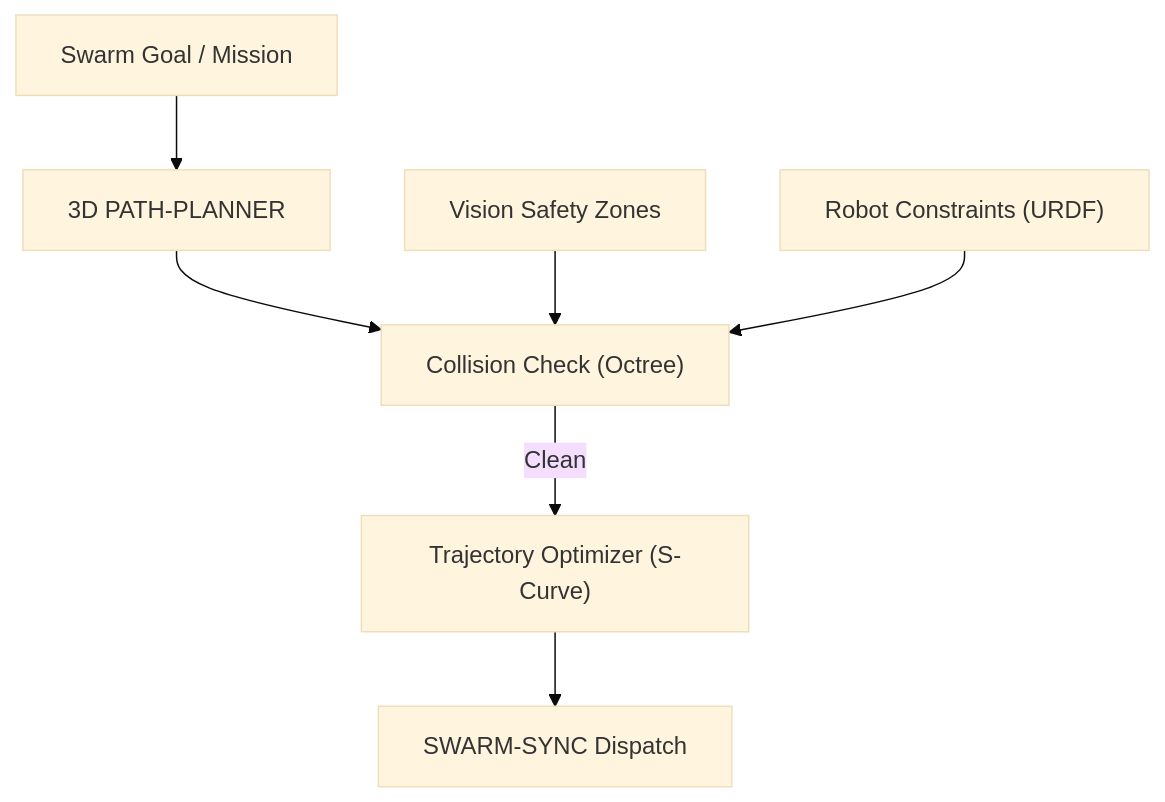
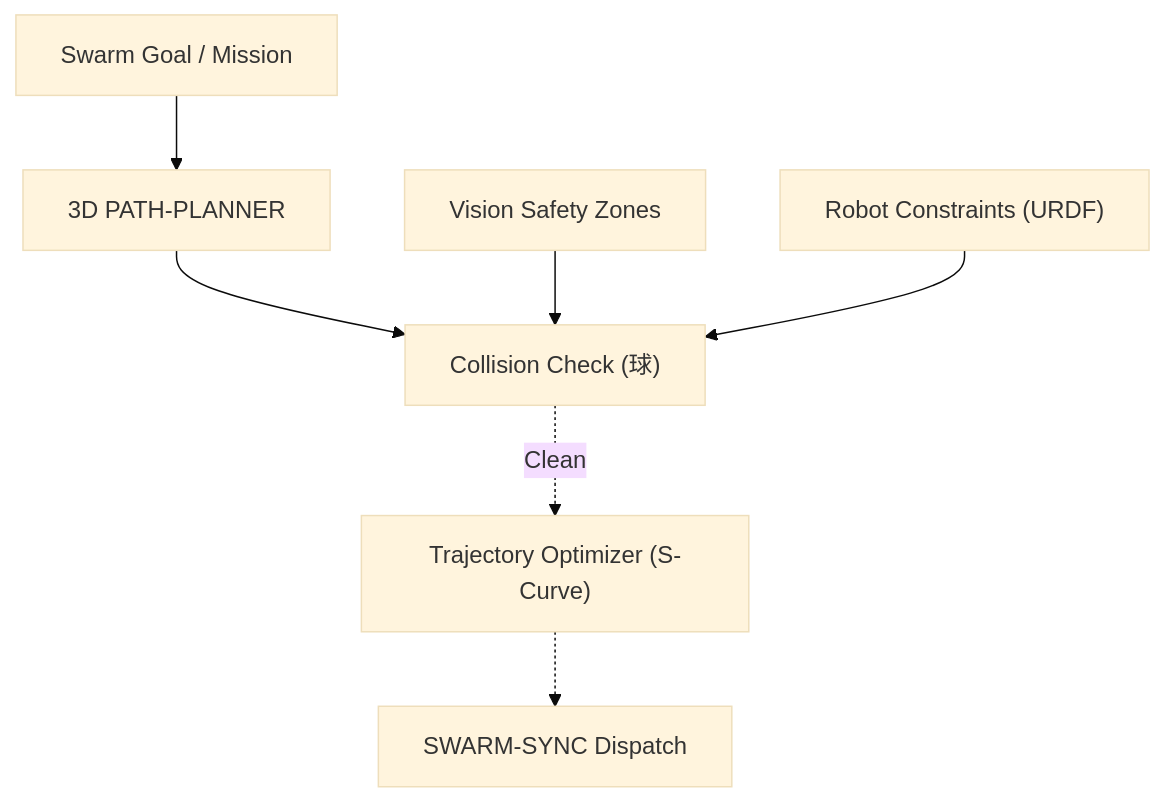
One commit to JuanenRac/HYDRA-UMC-PATH-PLANNER-3D changed the diagram in README_jpn.md. Above: the diagram before and after it, drawn with Mermaid (base theme). The commit also changed other lines of this file and 20 other files, not shown here.

````diff
--- a/README_jpn.md
+++ b/README_jpn.md
@@ -44,9 +45,9 @@
 ```mermaid
 flowchart TB
     GOAL["Swarm Goal / Mission"] --> PLAN["3D PATH-PLANNER"]
-    PLAN --> COLL["Collision Check (Octree)"]
+    PLAN --> COLL["Collision Check (球)"]
     VIS["Vision Safety Zones"] --> COLL
     TWIN["Robot Constraints (URDF)"] --> COLL
-    COLL -- Clean --> OPT["Trajectory Optimizer (S-Curve)"]
-    OPT --> SYNC["SWARM-SYNC Dispatch"]
+    COLL -. Clean .-> OPT["Trajectory Optimizer (S-Curve)"]
+    OPT -.-> SYNC["SWARM-SYNC Dispatch"]
 ```
````
